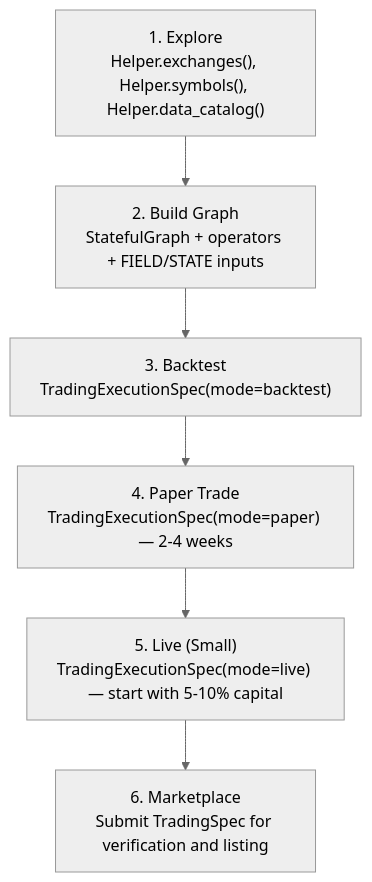
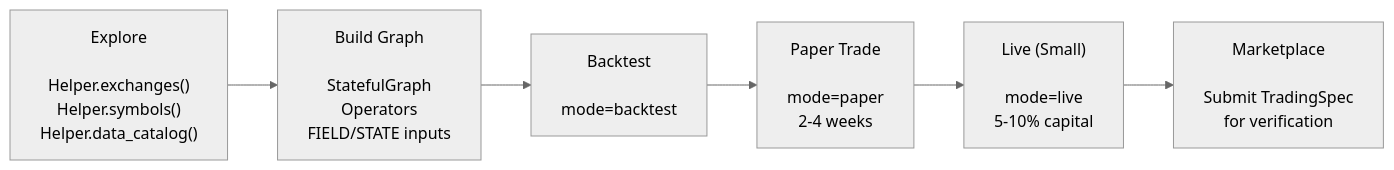
Before and after one commit to Clypt/docs: the diagram in platform/builder-guide.mdx, drawn with Mermaid (neutral theme). The commit also changed other lines of this file and 12 other files, not shown here.

````diff
--- a/platform/builder-guide.mdx
+++ b/platform/builder-guide.mdx
@@ -22,11 +196,11 @@
 ```mermaid
-flowchart TD
-    S1["1. Explore<br>Helper.exchanges(), Helper.symbols(), Helper.data_catalog()"]
-    S2["2. Build Graph<br>StatefulGraph + operators + FIELD/STATE inputs"]
-    S3["3. Backtest<br>TradingExecutionSpec(mode=backtest)"]
-    S4["4. Paper Trade<br>TradingExecutionSpec(mode=paper) — 2-4 weeks"]
-    S5["5. Live (Small)<br>TradingExecutionSpec(mode=live) — start with 5-10% capital"]
-    S6["6. Marketplace<br>Submit TradingSpec for verification and listing"]
+flowchart LR
+    S1["Explore<br><br>Helper.exchanges()<br>Helper.symbols()<br>Helper.data_catalog()"]
+    S2["Build Graph<br><br>StatefulGraph<br>Operators<br>FIELD/STATE inputs"]
+    S3["Backtest<br><br>mode=backtest"]
+    S4["Paper Trade<br><br>mode=paper<br>2-4 weeks"]
+    S5["Live (Small)<br><br>mode=live<br>5-10% capital"]
+    S6["Marketplace<br><br>Submit TradingSpec<br>for verification"]
 
     S1 --> S2 --> S3 --> S4 --> S5 --> S6
 ```
````
